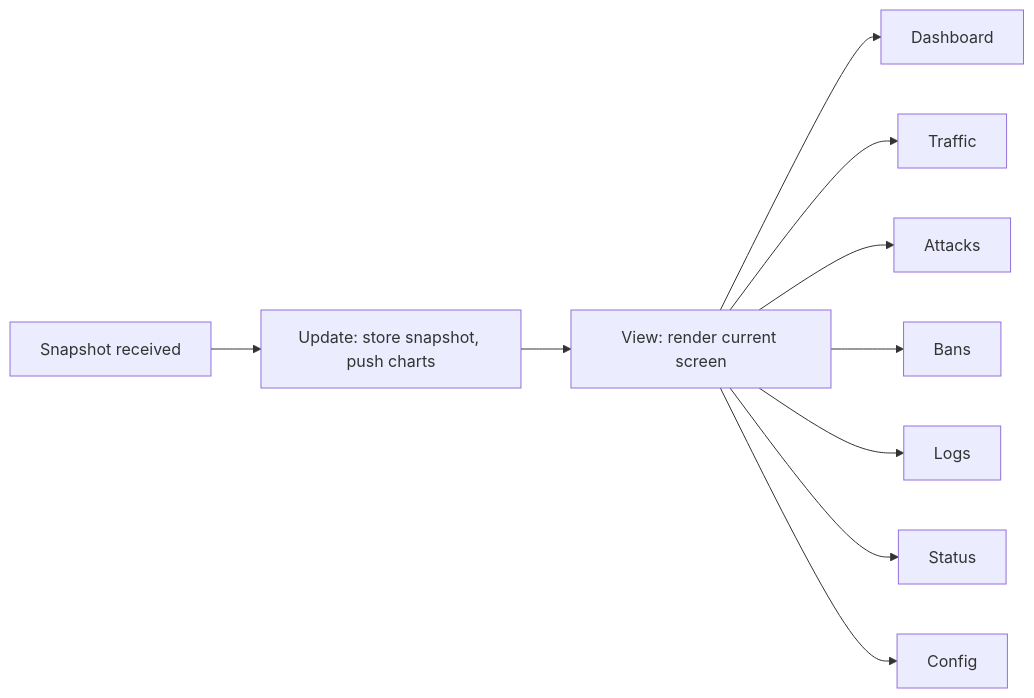
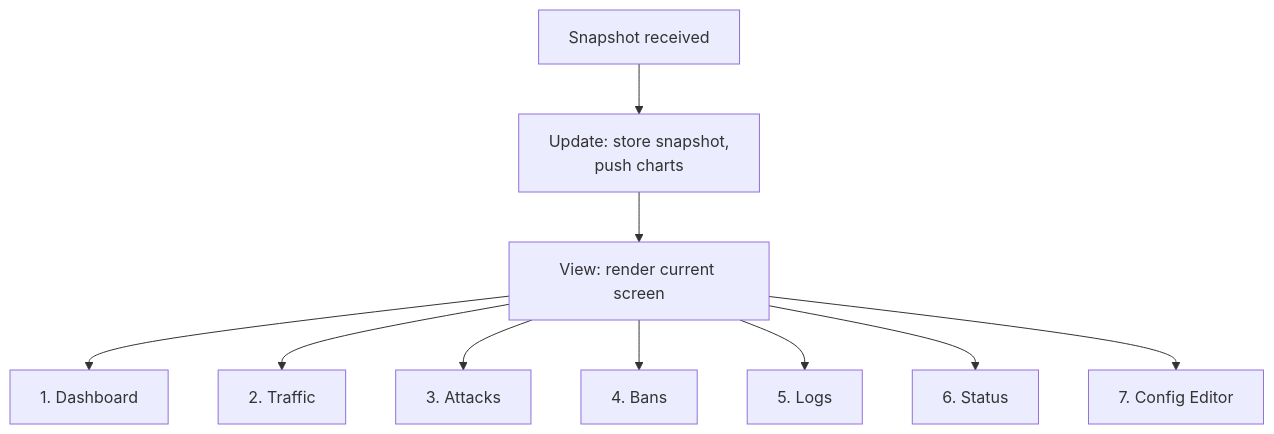
The second of 3 diagrams in docs/openshield-xdp/tui/overview.md (AnAverageBeing/pingless-studios-docs), drawn with Mermaid before and after one commit. The commit also changed 5 other files, not shown here.

Commit message:
docs: update OpenShield-XDP docs for final release - fix diagrams, add comparisons, polish landing page

````diff
--- a/docs/openshield-xdp/tui/overview.md
+++ b/docs/openshield-xdp/tui/overview.md
@@ -55,12 +55,13 @@
 ```mermaid
-flowchart LR
-    S[Snapshot received] --> U[Update: store snapshot, push charts]
-    U --> V[View: render current screen]
-    V --> D[Dashboard]
-    V --> T[Traffic]
-    V --> A[Attacks]
-    V --> B[Bans]
-    V --> L[Logs]
-    V --> ST[Status]
-    V --> C[Config]
+flowchart TD
+    S["Snapshot received"]
+    S --> U["Update: store snapshot,<br/>push charts"]
+    U --> V["View: render current screen"]
+    V --> D["1. Dashboard"]
+    V --> T["2. Traffic"]
+    V --> A["3. Attacks"]
+    V --> B["4. Bans"]
+    V --> L["5. Logs"]
+    V --> ST["6. Status"]
+    V --> C["7. Config Editor"]
 ```
````
